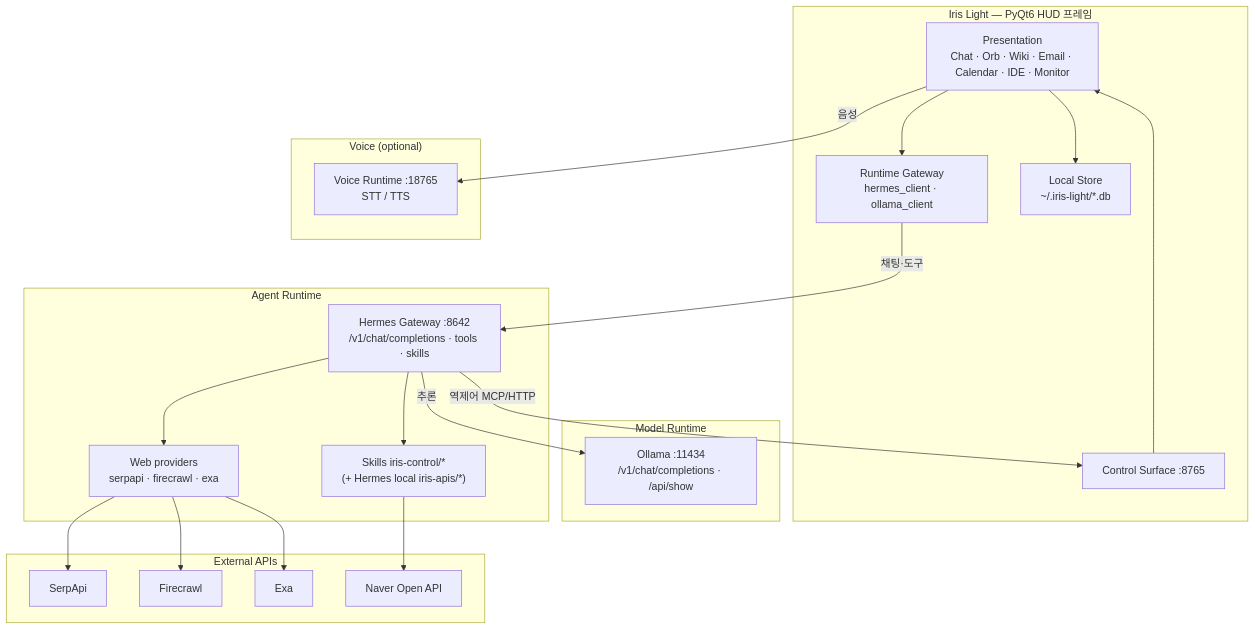
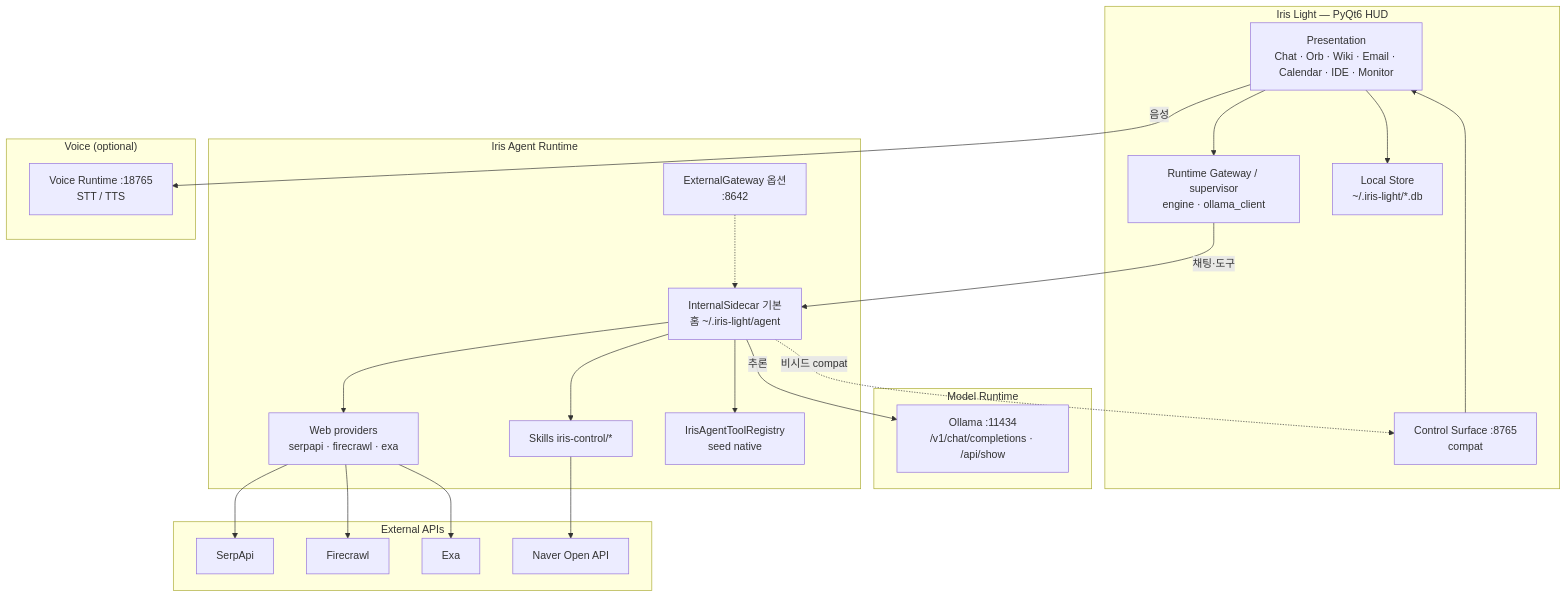
Before and after one commit to kwakminoo/Project-IRIS-Light: the diagram in docs/ia/IA.md, drawn with Mermaid. The commit also changed other lines of this file and 90 other files, not shown here.

First line of the commit message:
Harden Iris Agent turn control, project ops, and IDE companion sync.

````diff
--- a/docs/ia/IA.md
+++ b/docs/ia/IA.md
@@ -34,44 +35,48 @@
 ```mermaid
 flowchart TB
-  subgraph IRIS["Iris Light — PyQt6 HUD 프레임"]
+  subgraph IRIS["Iris Light — PyQt6 HUD"]
     UI["Presentation<br/>Chat · Orb · Wiki · Email · Calendar · IDE · Monitor"]
-    GW["Runtime Gateway<br/>hermes_client · ollama_client"]
-    CS["Control Surface :8765"]
+    GW["Runtime Gateway / supervisor<br/>engine · ollama_client"]
+    CS["Control Surface :8765<br/>compat"]
     DB["Local Store<br/>~/.iris-light/*.db"]
     UI --> GW
     UI --> DB
     CS --> UI
   end
 
   subgraph MODEL["Model Runtime"]
     OLL["Ollama :11434<br/>/v1/chat/completions · /api/show"]
   end
 
-  subgraph AGENT["Agent Runtime"]
-    HER["Hermes Gateway :8642<br/>/v1/chat/completions · tools · skills"]
-    SK["Skills iris-control/*<br/>(+ Hermes local iris-apis/*)"]
+  subgraph AGENT["Iris Agent Runtime"]
+    IA["InternalSidecar 기본<br/>홈 ~/.iris-light/agent"]
+    EG["ExternalGateway 옵션<br/>:8642"]
+    SK["Skills iris-control/*"]
     WP["Web providers<br/>serpapi · firecrawl · exa"]
-    HER --> SK
-    HER --> WP
+    REG["IrisAgentToolRegistry<br/>seed native"]
+    IA --> SK
+    IA --> WP
+    IA --> REG
+    EG -.-> IA
   end
 
   subgraph VOICE["Voice (optional)"]
     VR["Voice Runtime :18765<br/>STT / TTS"]
   end
 
   subgraph EXT["External APIs"]
     SERP["SerpApi"]
     FC["Firecrawl"]
     EXA["Exa"]
     NV["Naver Open API"]
   end
 
-  GW -->|"채팅·도구"| HER
-  HER -->|"추론"| OLL
-  HER -->|"역제어 MCP/HTTP"| CS
+  GW -->|"채팅·도구"| IA
+  IA -->|"추론"| OLL
+  IA -.->|"비시드 compat"| CS
   UI -->|"음성"| VR
   WP --> SERP
   WP --> FC
   WP --> EXA
   SK --> NV
 ```
````
